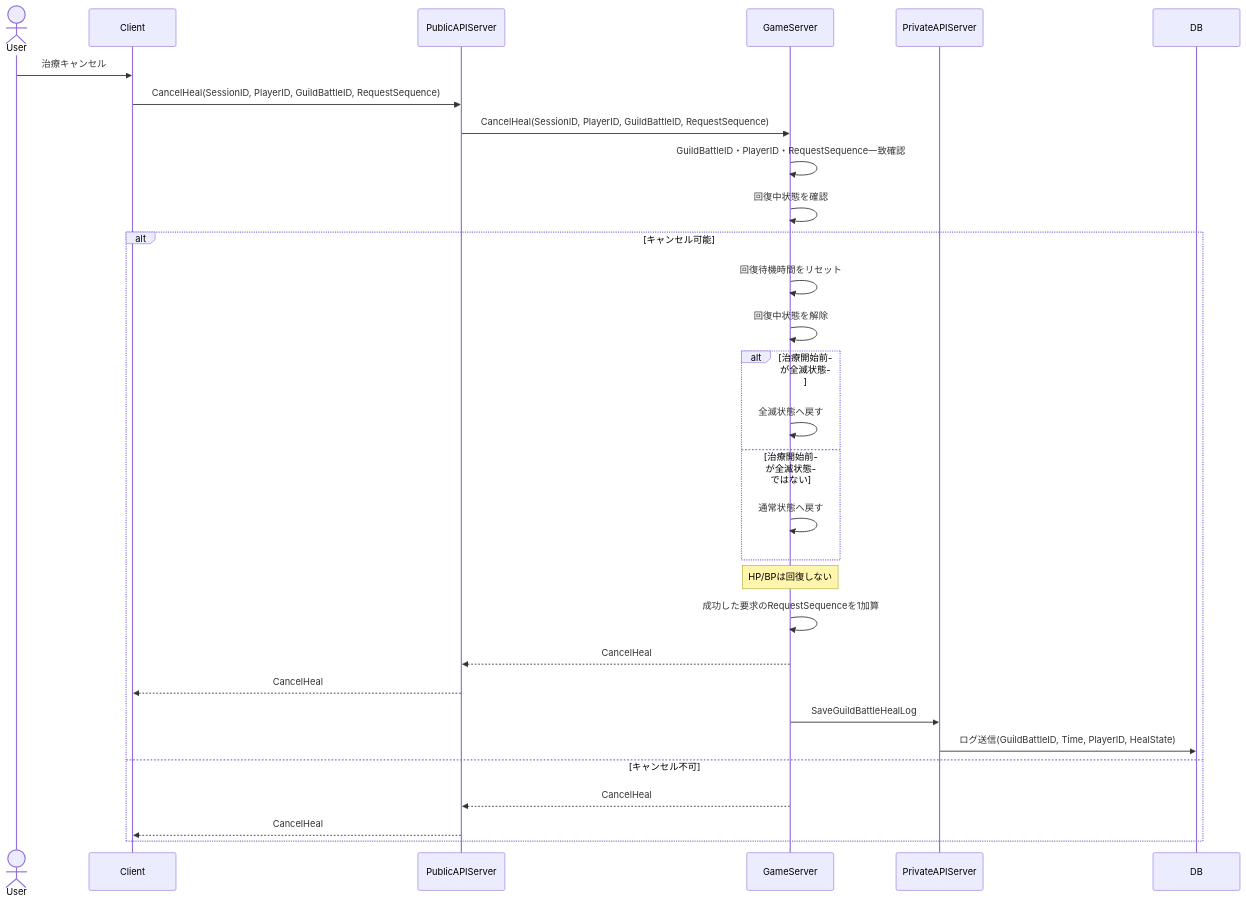
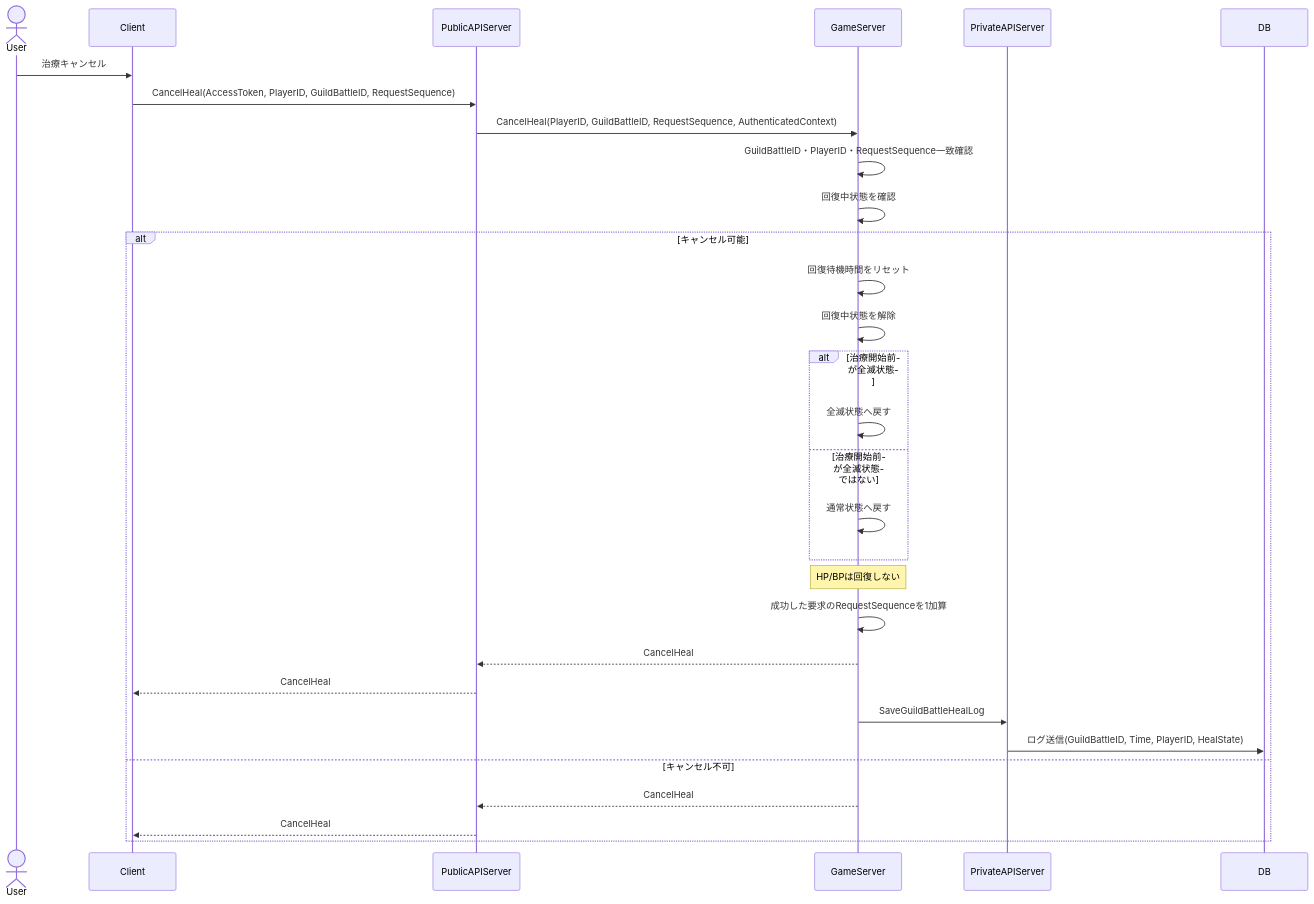
Diagram 11 of 16 in design/guild_battle.md (ReHydrangeaOdyssey/Specifications), drawn with Mermaid before and after one commit. The commit also changed other lines of this file and 18 other files, not shown here.

````diff
--- a/design/guild_battle.md
+++ b/design/guild_battle.md
@@ -444,36 +460,36 @@
 ```mermaid
 sequenceDiagram
     actor User
     participant Client
     participant PublicAPIServer
     participant GameServer
     participant PrivateAPIServer
     participant DB
 
     User->>Client: 治療キャンセル
-    Client->>PublicAPIServer: CancelHeal(SessionID, PlayerID, GuildBattleID, RequestSequence)
-    PublicAPIServer->>GameServer: CancelHeal(SessionID, PlayerID, GuildBattleID, RequestSequence)
+    Client->>PublicAPIServer: CancelHeal(AccessToken, PlayerID, GuildBattleID, RequestSequence)
+    PublicAPIServer->>GameServer: CancelHeal(PlayerID, GuildBattleID, RequestSequence, AuthenticatedContext)
 
     GameServer->>GameServer: GuildBattleID・PlayerID・RequestSequence一致確認
     GameServer->>GameServer: 回復中状態を確認
 
     alt キャンセル可能
         GameServer->>GameServer: 回復待機時間をリセット
         GameServer->>GameServer: 回復中状態を解除
         alt 治療開始前が全滅状態
             GameServer->>GameServer: 全滅状態へ戻す
         else 治療開始前が全滅状態ではない
             GameServer->>GameServer: 通常状態へ戻す
         end
         Note over GameServer: HP/BPは回復しない
         GameServer->>GameServer: 成功した要求のRequestSequenceを1加算
         GameServer-->>PublicAPIServer: CancelHeal
         PublicAPIServer-->>Client: CancelHeal
 
         GameServer ->> PrivateAPIServer: SaveGuildBattleHealLog
         PrivateAPIServer ->> DB: ログ送信(GuildBattleID, Time, PlayerID, HealState)
     else キャンセル不可
         GameServer-->>PublicAPIServer: CancelHeal
         PublicAPIServer-->>Client: CancelHeal
     end
 ```
````
